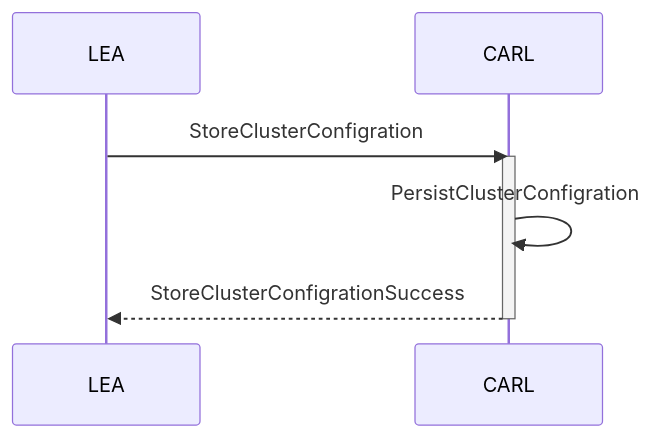
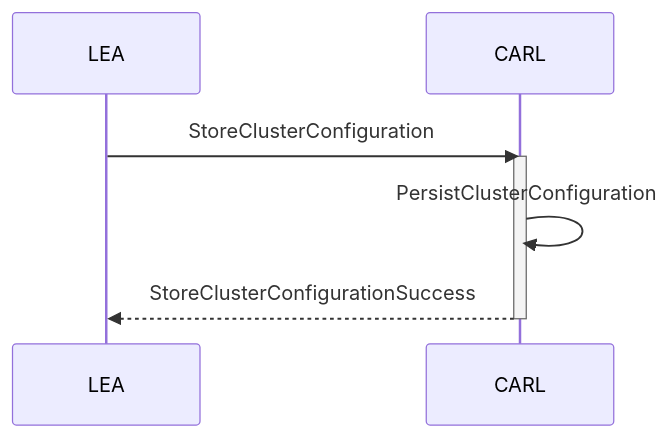
One commit to eclipse-opendut/opendut changed the diagram in doc/src/architecture/cluster/deployment.md. Above: the diagram before and after it, drawn with Mermaid. The commit also changed other lines of this file and 1 other file, not shown here.

Commit message:
Doc -> Fix run command for EDGAR.

````diff
--- a/doc/src/architecture/cluster/deployment.md
+++ b/doc/src/architecture/cluster/deployment.md
@@ -6,10 +6,10 @@
 ```mermaid
 sequenceDiagram
     participant LEA
     participant carl as CARL
-    LEA->>carl: StoreClusterConfigration
+    LEA->>carl: StoreClusterConfiguration
     activate carl
-    carl->>carl: PersistClusterConfigration
-    carl-->>LEA: StoreClusterConfigrationSuccess
+    carl->>carl: PersistClusterConfiguration
+    carl-->>LEA: StoreClusterConfigurationSuccess
     deactivate carl
 ```
````
